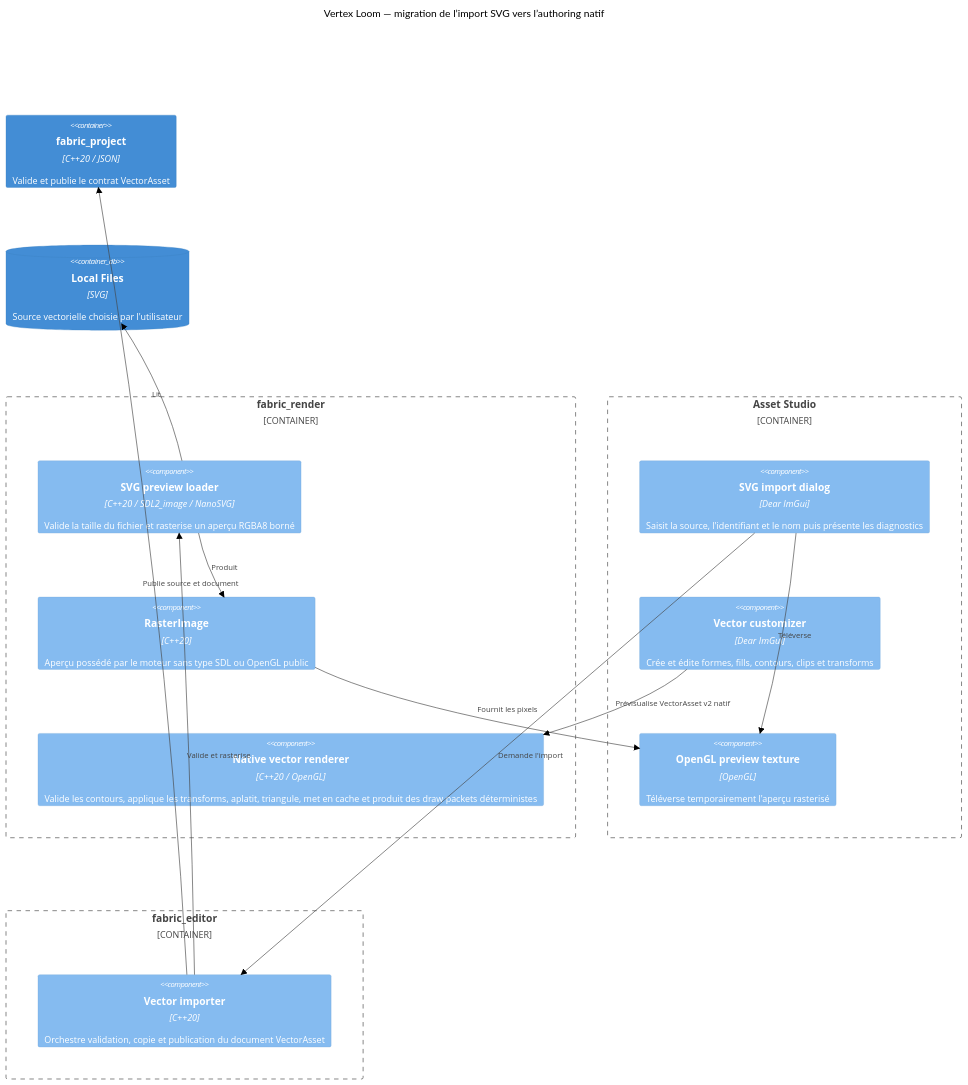
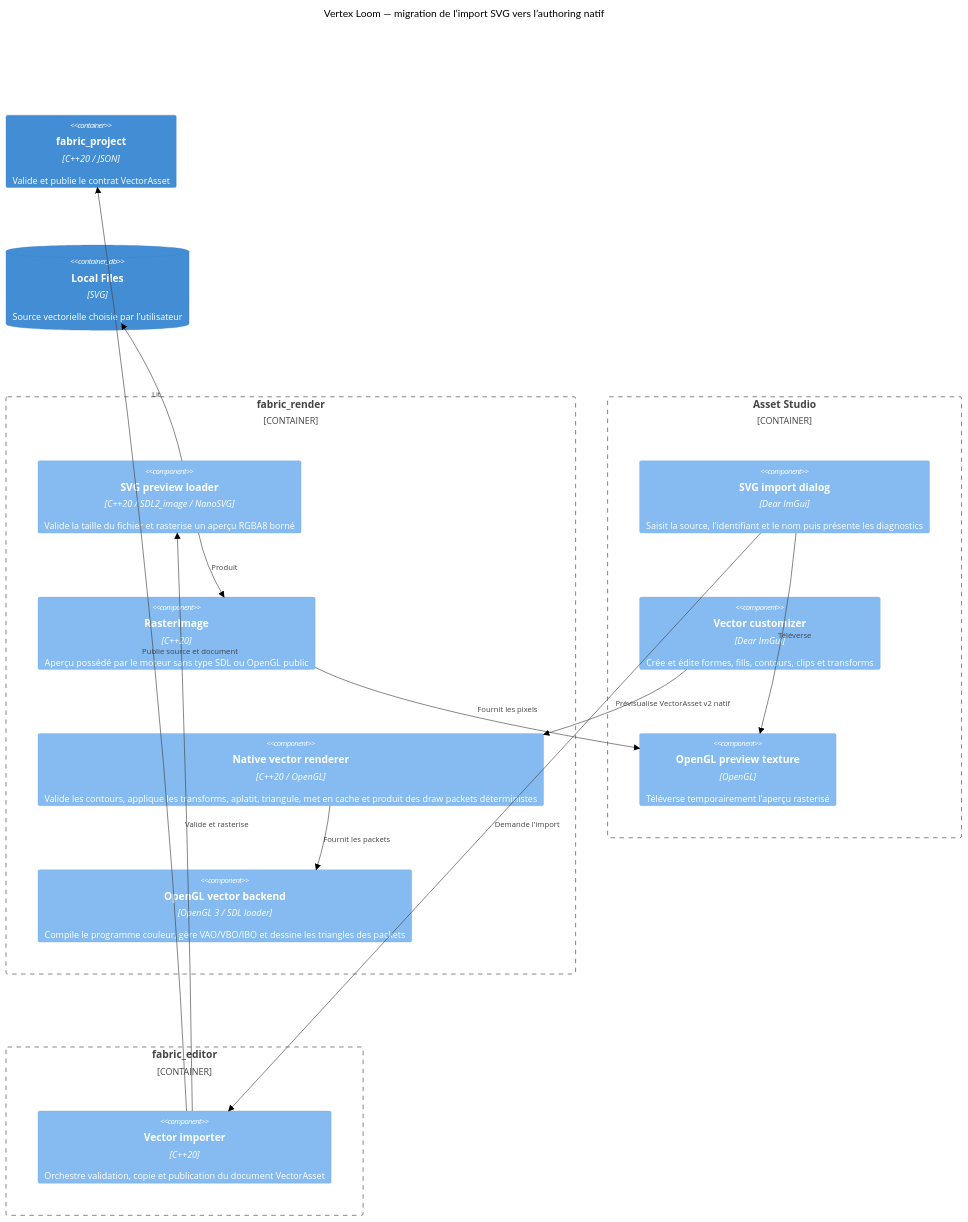
One commit to tristan-monticelli/vertex-loom changed the diagram in docs/architecture/components/vector-import.md. Above: the diagram before and after it, drawn with Mermaid (forest theme). The commit also changed other lines of this file and 6 other files, not shown here.

Commit message:
feat(render): add OpenGL vector backend

````diff
--- a/docs/architecture/components/vector-import.md
+++ b/docs/architecture/components/vector-import.md
@@ -3,27 +3,29 @@
 ```mermaid
 C4Component
     title Vertex Loom — migration de l’import SVG vers l’authoring natif
     Container_Boundary(render, "fabric_render") {
         Component(loader, "SVG preview loader", "C++20 / SDL2_image / NanoSVG", "Valide la taille du fichier et rasterise un aperçu RGBA8 borné")
         Component(image, "RasterImage", "C++20", "Aperçu possédé par le moteur sans type SDL ou OpenGL public")
         Component(geometry, "Native vector renderer", "C++20 / OpenGL", "Valide les contours, applique les transforms, aplatit, triangule, met en cache et produit des draw packets déterministes")
+        Component(gl_renderer, "OpenGL vector backend", "OpenGL 3 / SDL loader", "Compile le programme couleur, gère VAO/VBO/IBO et dessine les triangles des packets")
     }
     Container_Boundary(asset, "Asset Studio") {
         Component(import_ui, "SVG import dialog", "Dear ImGui", "Saisit la source, l'identifiant et le nom puis présente les diagnostics")
         Component(customizer, "Vector customizer", "Dear ImGui", "Crée et édite formes, fills, contours, clips et transforms")
         Component(gpu_preview, "OpenGL preview texture", "OpenGL", "Téléverse temporairement l'aperçu rasterisé")
     }
     Container_Boundary(editor, "fabric_editor") {
         Component(importer, "Vector importer", "C++20", "Orchestre validation, copie et publication du document VectorAsset")
     }
     Container(project, "fabric_project", "C++20 / JSON", "Valide et publie le contrat VectorAsset")
     ContainerDb(files, "Local Files", "SVG", "Source vectorielle choisie par l'utilisateur")
     Rel(import_ui, importer, "Demande l'import")
     Rel(importer, loader, "Valide et rasterise")
     Rel(importer, project, "Publie source et document")
     Rel(loader, files, "Lit")
     Rel(loader, image, "Produit")
     Rel(import_ui, gpu_preview, "Téléverse")
     Rel(image, gpu_preview, "Fournit les pixels")
     Rel(customizer, geometry, "Prévisualise VectorAsset v2 natif")
+    Rel(geometry, gl_renderer, "Fournit les packets")
 ```
````
